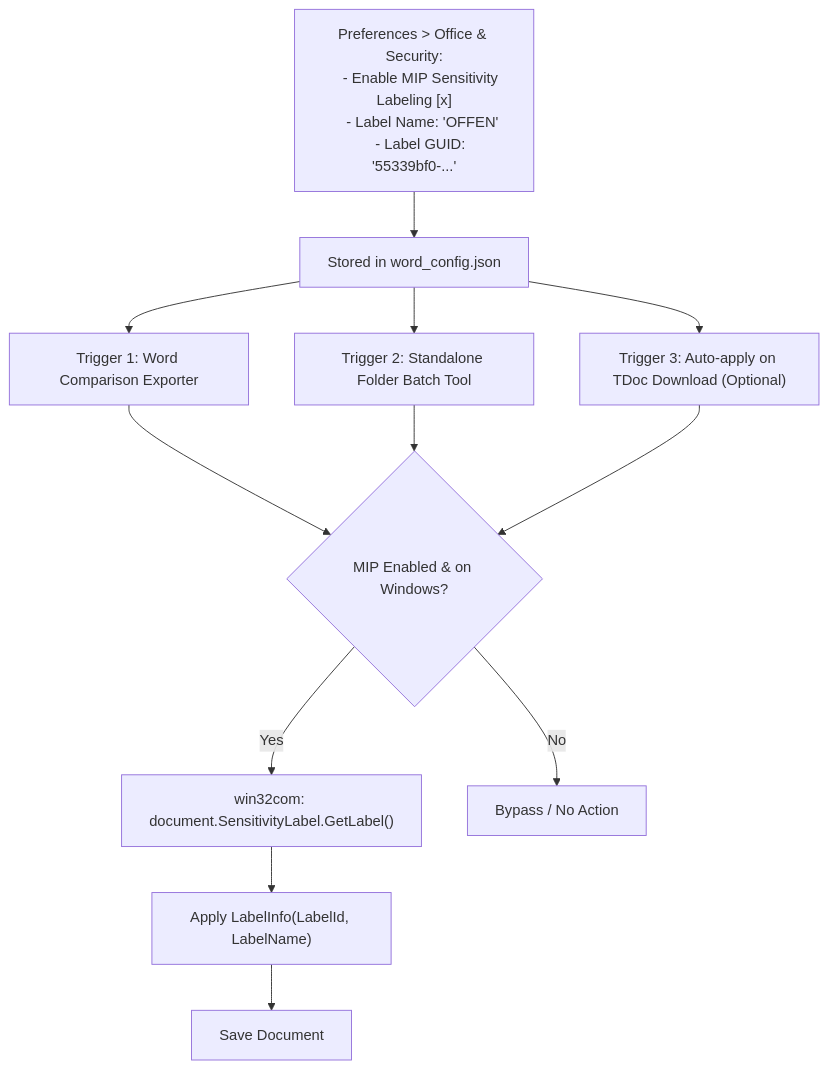
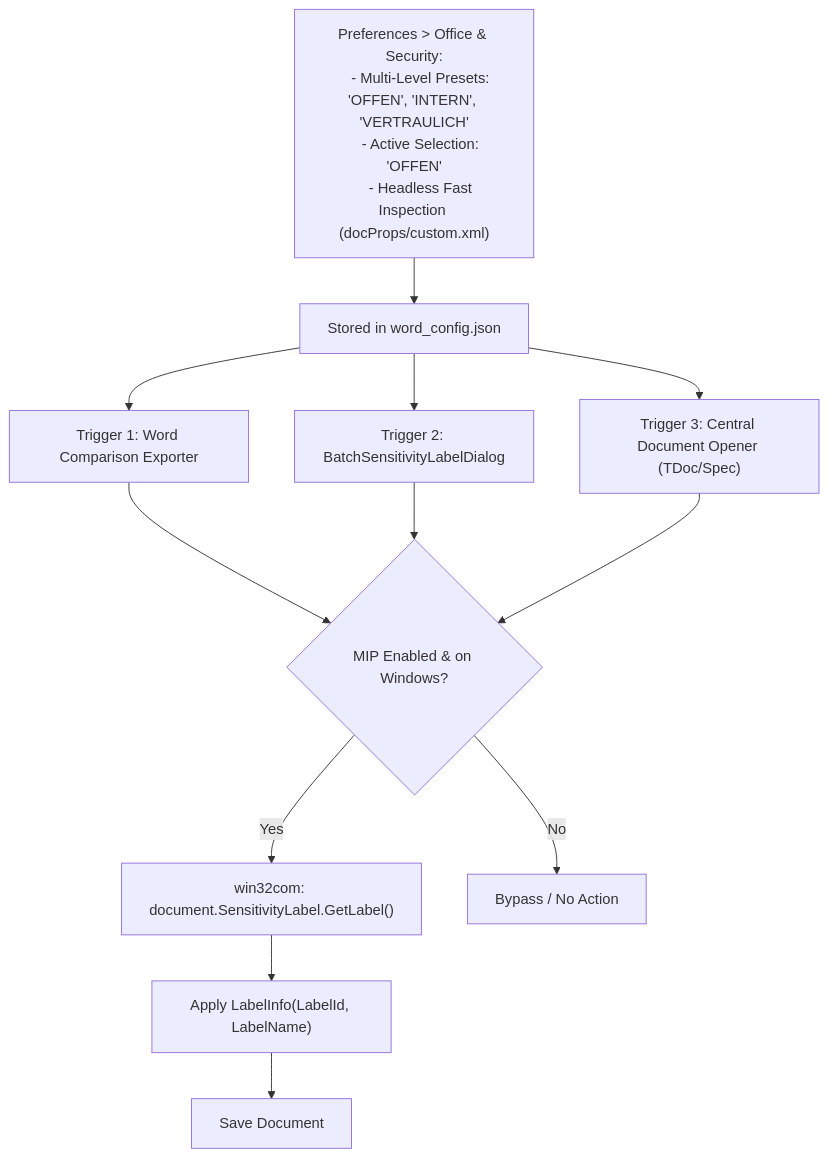
One commit to telekom/3gpp-meeting-tools changed the diagram in 3GPP Tools/docs/legacy_features/F06_mip_sensitivity_label_setter.md. Above: the diagram before and after it, drawn with Mermaid. The commit also changed other lines of this file and 9 other files, not shown here.

First line of the commit message:
feat(word_tools): implement multi-level MIP sensitivity labeling, UI management, and dual-mode batch tool (F-06)

````diff
--- a/3GPP Tools/docs/legacy_features/F06_mip_sensitivity_label_setter.md
+++ b/3GPP Tools/docs/legacy_features/F06_mip_sensitivity_label_setter.md
@@ -94,20 +98,20 @@
 ```mermaid
 flowchart TD
     Config["Preferences > Office & Security:
-    - Enable MIP Sensitivity Labeling [x]
-    - Label Name: 'OFFEN'
-    - Label GUID: '55339bf0-...'"] --> Settings["Stored in word_config.json"]
+    - Multi-Level Presets: 'OFFEN', 'INTERN', 'VERTRAULICH'
+    - Active Selection: 'OFFEN'
+    - Headless Fast Inspection (docProps/custom.xml)"] --> Settings["Stored in word_config.json"]
 
     Settings --> Trigger1["Trigger 1: Word Comparison Exporter"]
-    Settings --> Trigger2["Trigger 2: Standalone Folder Batch Tool"]
-    Settings --> Trigger3["Trigger 3: Auto-apply on TDoc Download (Optional)"]
+    Settings --> Trigger2["Trigger 2: BatchSensitivityLabelDialog"]
+    Settings --> Trigger3["Trigger 3: Central Document Opener (TDoc/Spec)"]
 
     Trigger1 --> Guard{"MIP Enabled & on Windows?"}
     Trigger2 --> Guard
     Trigger3 --> Guard
 
     Guard -- Yes --> COM["win32com: document.SensitivityLabel.GetLabel()"]
     COM --> Apply["Apply LabelInfo(LabelId, LabelName)"]
     Apply --> Save["Save Document"]
     Guard -- No --> Skip["Bypass / No Action"]
 ```
````
